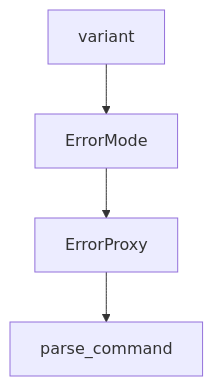
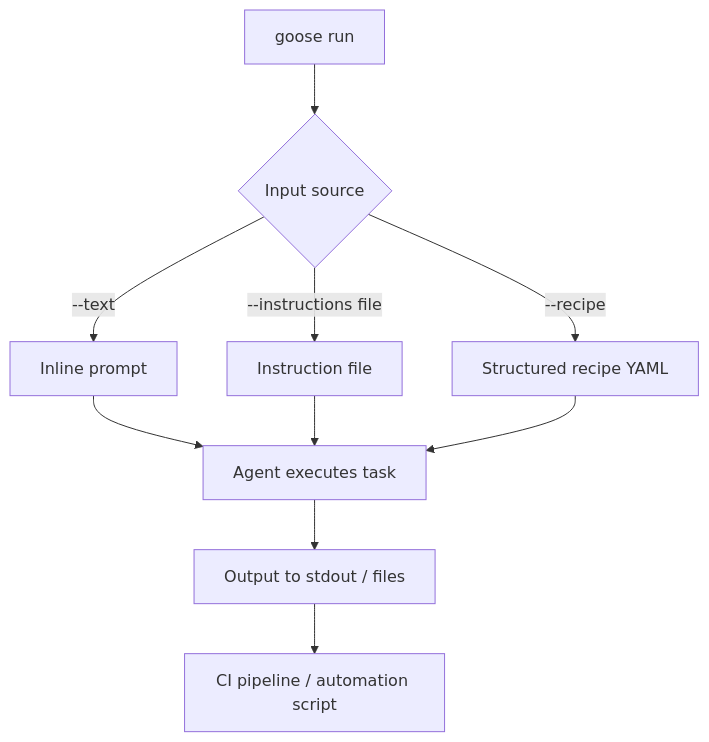
Before and after one commit to johnxie/awesome-code-docs: the second of 2 diagrams in tutorials/goose-tutorial/07-cli-workflows-and-automation.md, drawn with Mermaid. The commit also changed other lines of this file and 1232 other files, not shown here.

````diff
--- a/tutorials/goose-tutorial/07-cli-workflows-and-automation.md
+++ b/tutorials/goose-tutorial/07-cli-workflows-and-automation.md
@@ -231,10 +165,12 @@
 ```mermaid
 flowchart TD
-    A[variant]
-    B[ErrorMode]
-    C[ErrorProxy]
-    D[parse_command]
-    A --> B
-    B --> C
-    C --> D
+    A[goose run] --> B{Input source}
+    B -->|--text| C[Inline prompt]
+    B -->|--instructions file| D[Instruction file]
+    B -->|--recipe| E[Structured recipe YAML]
+    C --> F[Agent executes task]
+    D --> F
+    E --> F
+    F --> G[Output to stdout / files]
+    G --> H[CI pipeline / automation script]
 ```
````
